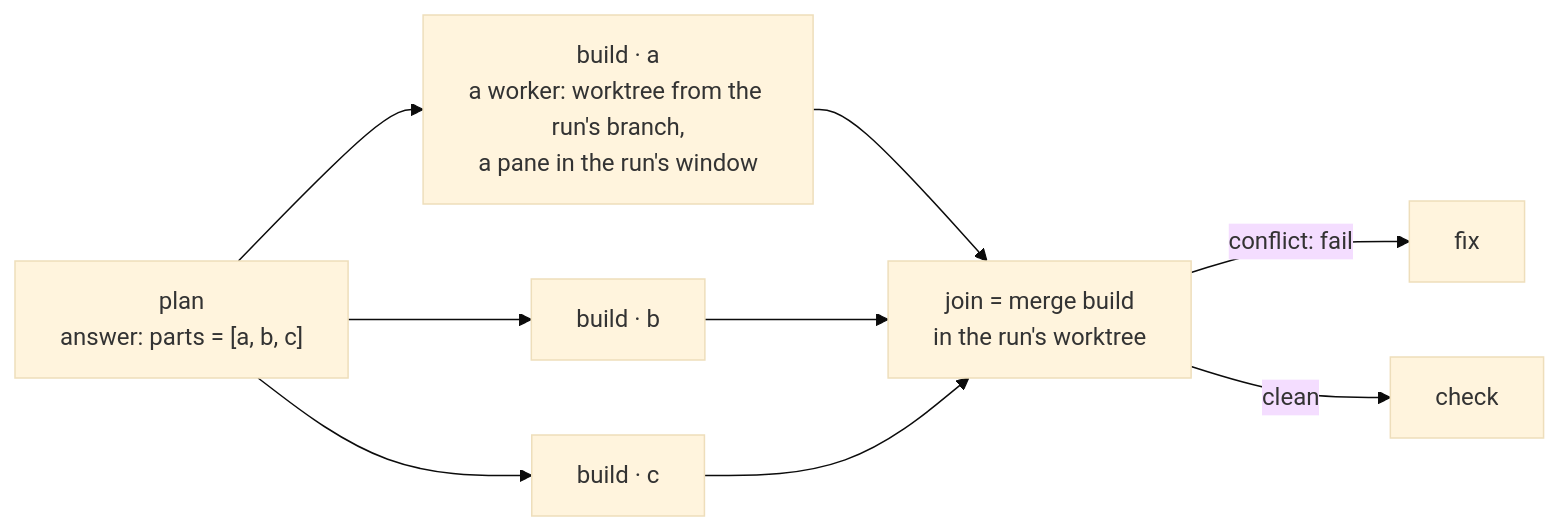
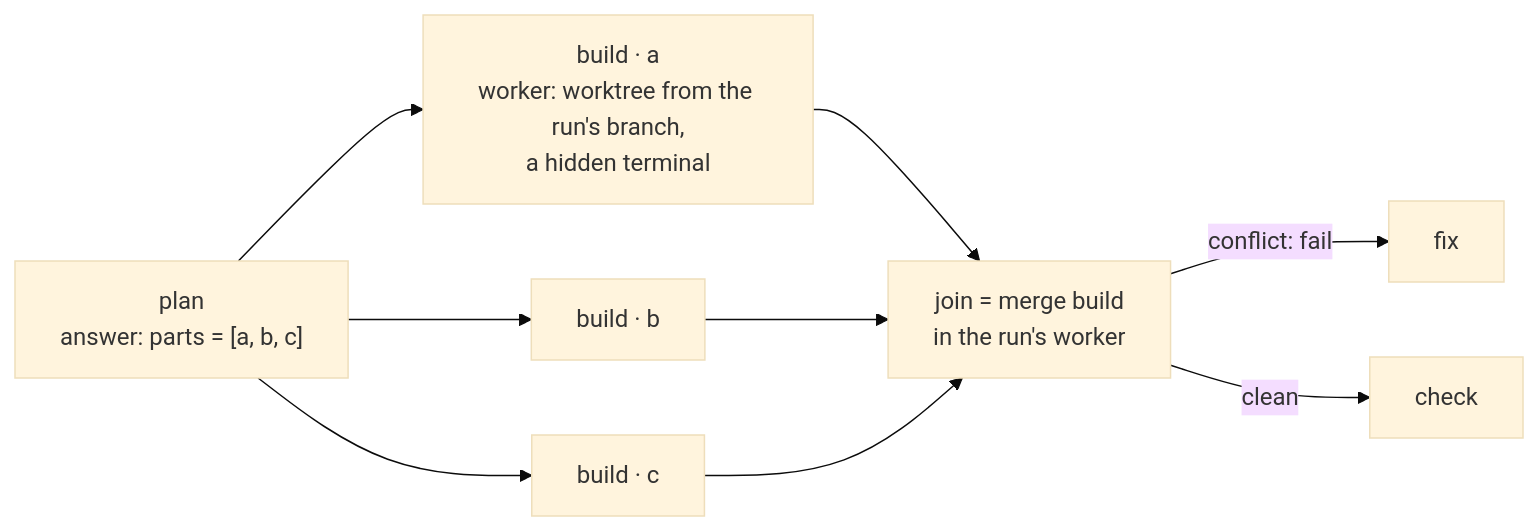
The third of 4 diagrams in docs/specs/software-factory.md (tampopogk/kanna), drawn with Mermaid (base theme) before and after one commit. The commit also changed other lines of this file and 8 other files, not shown here.

````diff
--- a/docs/specs/software-factory.md
+++ b/docs/specs/software-factory.md
@@ -70,9 +71,9 @@
 ```mermaid
 flowchart LR
-    P["plan<br/>answer: parts = [a, b, c]"] --> A["build · a<br/>a worker: worktree from the run's branch,<br/>a pane in the run's window"]
+    P["plan<br/>answer: parts = [a, b, c]"] --> A["build · a<br/>worker: worktree from the run's branch,<br/>a hidden terminal"]
     P --> B["build · b"]
     P --> C["build · c"]
-    A & B & C --> J["join = merge build<br/>in the run's worktree"]
+    A & B & C --> J["join = merge build<br/>in the run's worker"]
     J -->|"conflict: fail"| F["fix"]
     J -->|"clean"| N["check"]
 ```
````
